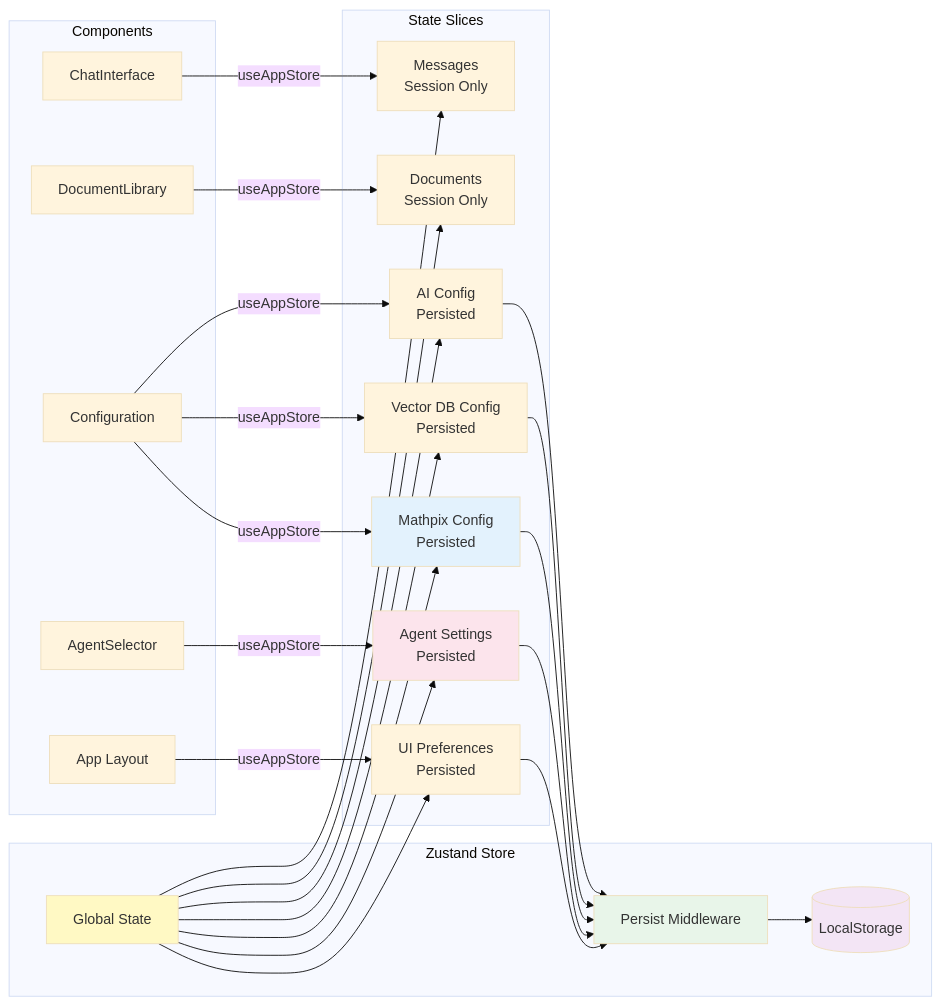
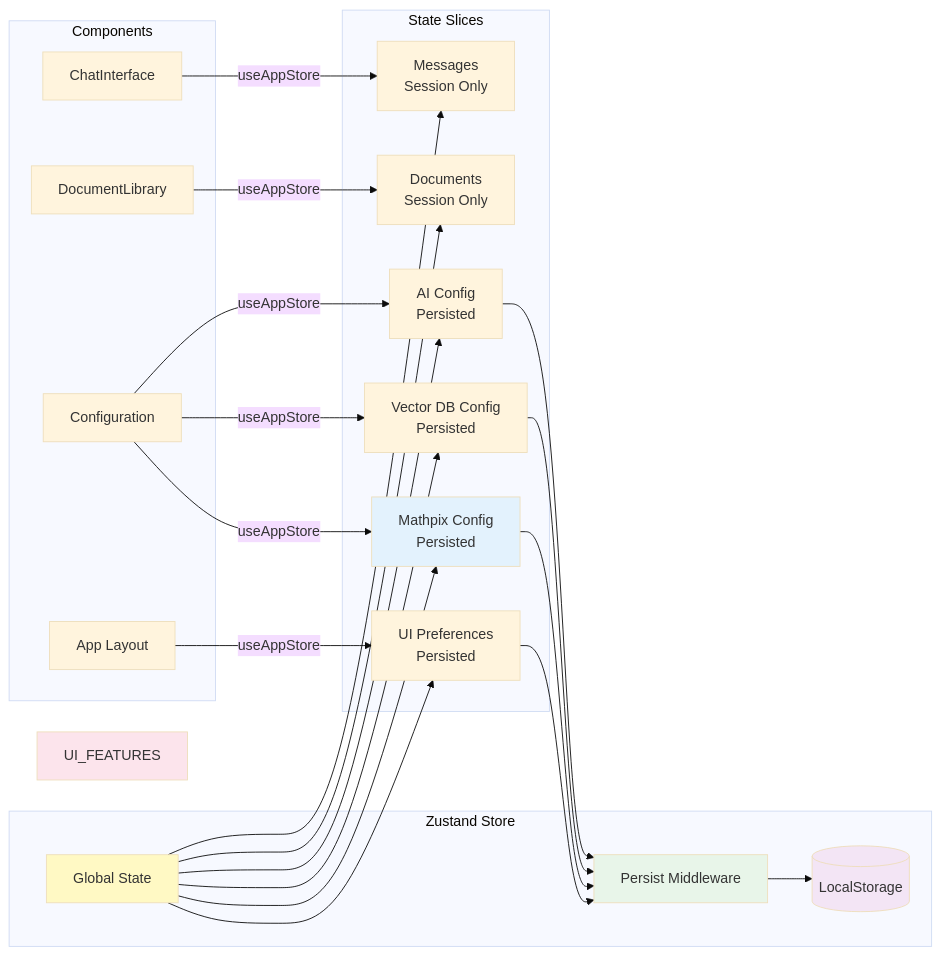
One commit to Kedhareswer/QuantumPDF_ChatApp_VectorDB changed diagram 11 of 14 in docs/ARCHITECTURE_FLOWS.md. Above: the diagram before and after it, drawn with Mermaid (base theme). The commit also changed other lines of this file and 25 other files, not shown here.

````diff
--- a/docs/ARCHITECTURE_FLOWS.md
+++ b/docs/ARCHITECTURE_FLOWS.md
@@ -698,55 +597,50 @@
 ```mermaid
 graph LR
     subgraph "Zustand Store"
         STATE[Global State]
         PERSIST[Persist Middleware]
         LOCAL[(LocalStorage)]
     end
 
     subgraph "State Slices"
         MSGS[Messages<br/>Session Only]
         DOCS[Documents<br/>Session Only]
         AI[AI Config<br/>Persisted]
         VDB[Vector DB Config<br/>Persisted]
         MATHPIX[Mathpix Config<br/>Persisted]
-        AGENTS[Agent Settings<br/>Persisted]
         UI[UI Preferences<br/>Persisted]
     end
 
     subgraph "Components"
         CHAT[ChatInterface]
         LIB[DocumentLibrary]
         CFG[Configuration]
         APP[App Layout]
-        AGENT_UI[AgentSelector]
     end
 
     STATE --> MSGS
     STATE --> DOCS
     STATE --> AI
     STATE --> VDB
     STATE --> MATHPIX
-    STATE --> AGENTS
     STATE --> UI
 
     AI --> PERSIST
     VDB --> PERSIST
     MATHPIX --> PERSIST
-    AGENTS --> PERSIST
     UI --> PERSIST
     PERSIST --> LOCAL
 
     CHAT -->|useAppStore| MSGS
     LIB -->|useAppStore| DOCS
     CFG -->|useAppStore| AI
     CFG -->|useAppStore| VDB
     CFG -->|useAppStore| MATHPIX
     APP -->|useAppStore| UI
-    AGENT_UI -->|useAppStore| AGENTS
 
     style STATE fill:#fff9c4
     style PERSIST fill:#e8f5e9
     style LOCAL fill:#f3e5f5
     style MATHPIX fill:#e3f2fd
-    style AGENTS fill:#fce4ec
+    style UI_FEATURES fill:#fce4ec
 ```
````
